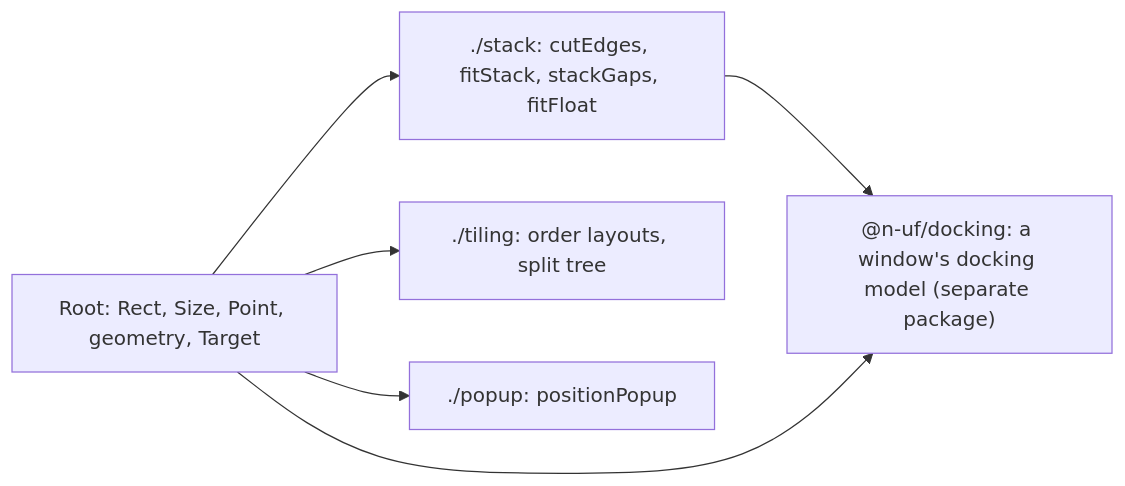
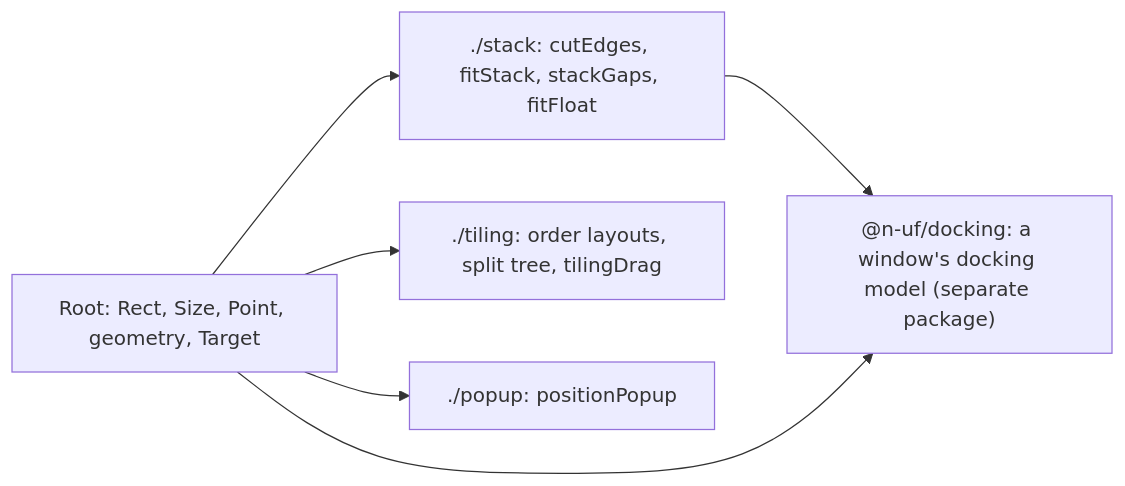
The diagram in docs/placement.md (n-uf/motion), drawn with Mermaid before and after one commit. The commit also changed other lines of this file and 7 other files, not shown here.

Commit message:
docs: design and reference pages link the concept and the SDK listing; held place wording, the tiling drag's planned hit half, the growing title's marks as built and as decided, the aim order in progress

````diff
--- a/docs/placement.md
+++ b/docs/placement.md
@@ -33,13 +33,13 @@
 ```mermaid
 flowchart LR
   root["Root: Rect, Size, Point, geometry, Target"]
   stack["./stack: cutEdges, fitStack, stackGaps, fitFloat"]
-  tiling["./tiling: order layouts, split tree"]
+  tiling["./tiling: order layouts, split tree, tilingDrag"]
   popup["./popup: positionPopup"]
   docking["@n-uf/docking: a window's docking model (separate package)"]
   root --> stack
   root --> tiling
   root --> popup
   stack --> docking
   root --> docking
 ```
````
